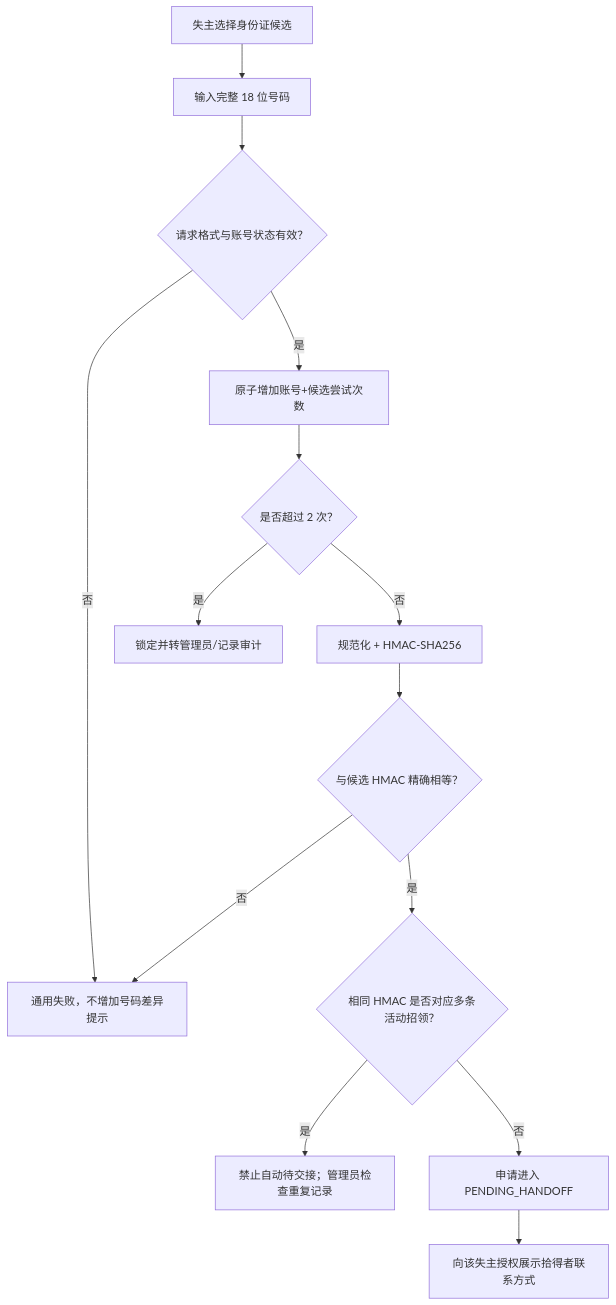
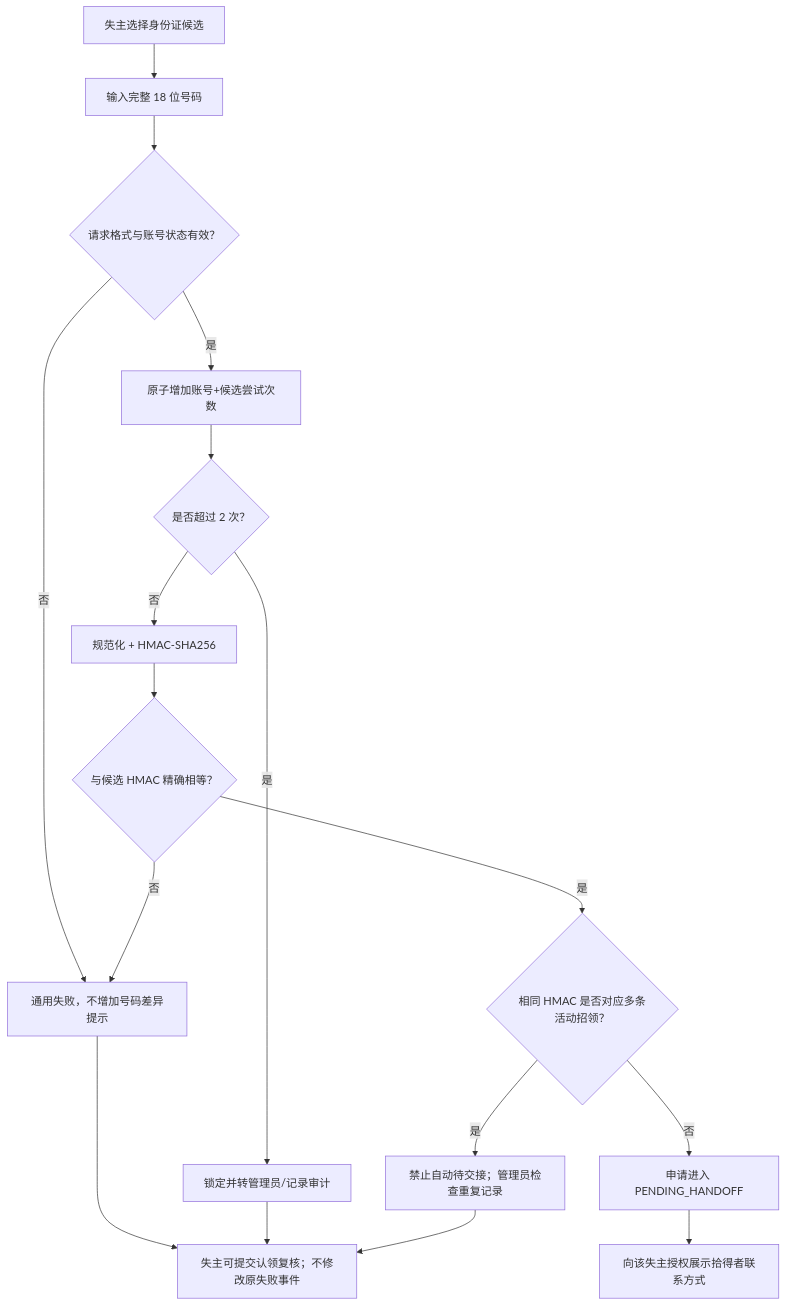
One commit to xushengyu1/day56-submission changed the fifth of 11 diagrams in docs/design/end-to-end-system-design.md. Above: the diagram before and after it, drawn with Mermaid. The commit also changed other lines of this file and 30 other files, not shown here.

````diff
--- a/docs/design/end-to-end-system-design.md
+++ b/docs/design/end-to-end-system-design.md
@@ -687,16 +590,19 @@
 ```mermaid
 flowchart TD
     A["失主选择身份证候选"] --> B["输入完整 18 位号码"]
     B --> C{"请求格式与账号状态有效？"}
     C -- "否" --> X["通用失败，不增加号码差异提示"]
     C -- "是" --> D["原子增加账号+候选尝试次数"]
     D --> E{"是否超过 2 次？"}
     E -- "是" --> R["锁定并转管理员/记录审计"]
     E -- "否" --> F["规范化 + HMAC-SHA256"]
     F --> G{"与候选 HMAC 精确相等？"}
     G -- "否" --> X
     G -- "是" --> H{"相同 HMAC 是否对应多条活动招领？"}
     H -- "是" --> R2["禁止自动待交接；管理员检查重复记录"]
     H -- "否" --> I["申请进入 PENDING_HANDOFF"]
     I --> J["向该失主授权展示拾得者联系方式"]
+    X --> Y["失主可提交认领复核；不修改原失败事件"]
+    R --> Y
+    R2 --> Y
 ```
````
